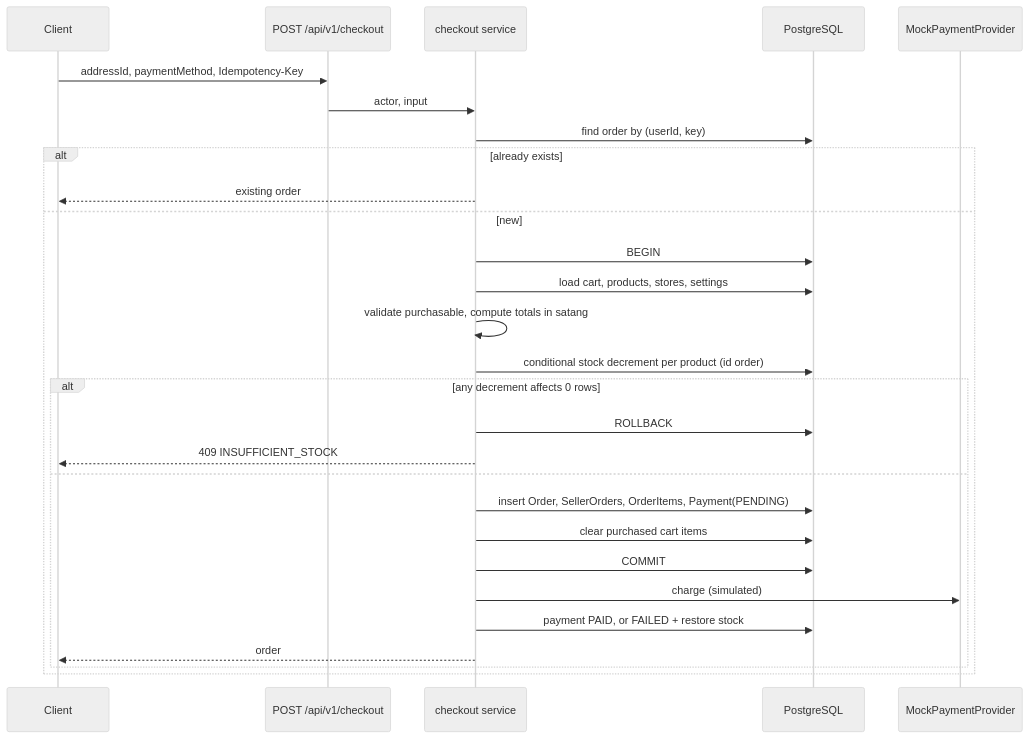
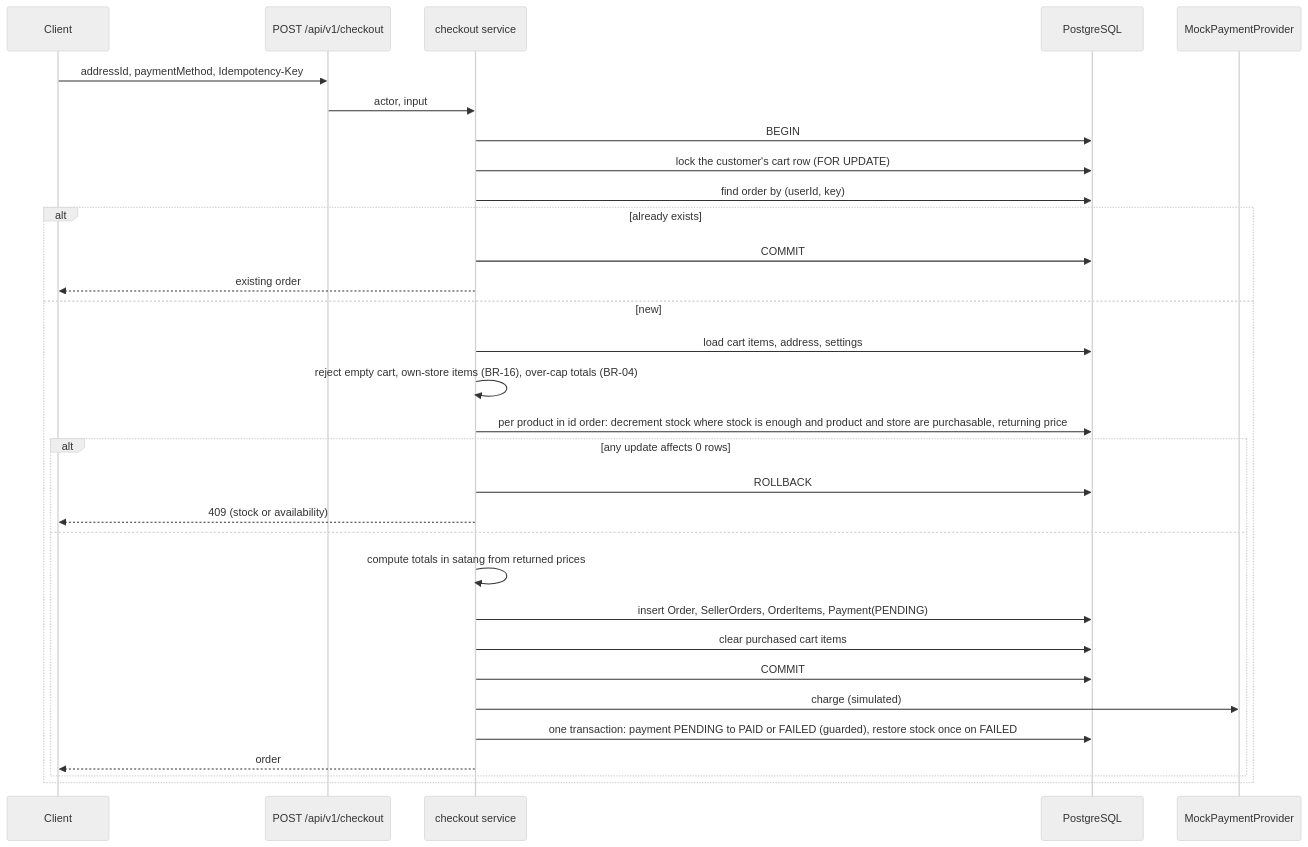
Before and after one commit to Qcutedev/web-shopping: the second of 2 diagrams in docs/ARCHITECTURE.md, drawn with Mermaid (neutral theme). The commit also changed other lines of this file and 6 other files, not shown here.

````diff
--- a/docs/ARCHITECTURE.md
+++ b/docs/ARCHITECTURE.md
@@ -95,30 +96,33 @@
 ```mermaid
 sequenceDiagram
   participant C as Client
   participant H as POST /api/v1/checkout
   participant S as checkout service
   participant DB as PostgreSQL
   participant P as MockPaymentProvider
   C->>H: addressId, paymentMethod, Idempotency-Key
   H->>S: actor, input
+  S->>DB: BEGIN
+  S->>DB: lock the customer's cart row (FOR UPDATE)
   S->>DB: find order by (userId, key)
   alt already exists
+    S->>DB: COMMIT
     S-->>C: existing order
   else new
-    S->>DB: BEGIN
-    S->>DB: load cart, products, stores, settings
-    S->>S: validate purchasable, compute totals in satang
-    S->>DB: conditional stock decrement per product (id order)
-    alt any decrement affects 0 rows
+    S->>DB: load cart items, address, settings
+    S->>S: reject empty cart, own-store items (BR-16), over-cap totals (BR-04)
+    S->>DB: per product in id order: decrement stock where stock is enough and product and store are purchasable, returning price
+    alt any update affects 0 rows
       S->>DB: ROLLBACK
-      S-->>C: 409 INSUFFICIENT_STOCK
+      S-->>C: 409 (stock or availability)
     else
+      S->>S: compute totals in satang from returned prices
       S->>DB: insert Order, SellerOrders, OrderItems, Payment(PENDING)
       S->>DB: clear purchased cart items
       S->>DB: COMMIT
       S->>P: charge (simulated)
-      S->>DB: payment PAID, or FAILED + restore stock
+      S->>DB: one transaction: payment PENDING to PAID or FAILED (guarded), restore stock once on FAILED
       S-->>C: order
     end
   end
 ```
````
